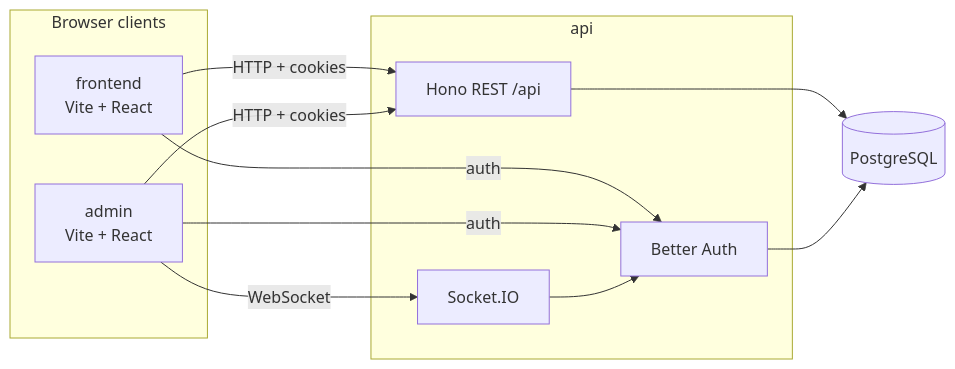
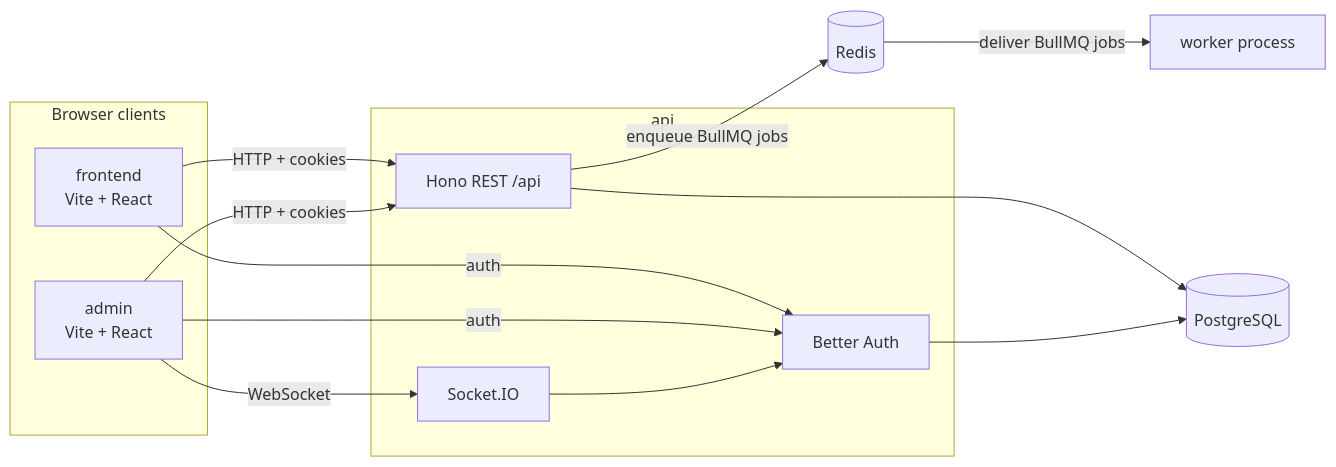
The diagram in README.md (Melv1C/CompetitionManagerV2), drawn with Mermaid before and after one commit. The commit also changed other lines of this file and 4 other files, not shown here.

Commit message:
fix: report exhausted BullMQ jobs

````diff
--- a/README.md
+++ b/README.md
@@ -25,25 +25,29 @@
 ```mermaid
 flowchart LR
   subgraph clients["Browser clients"]
     FE[frontend<br/>Vite + React]
     AD[admin<br/>Vite + React]
   end
 
   subgraph api["api"]
     HONO[Hono REST /api]
     AUTH[Better Auth]
     SIO[Socket.IO]
   end
 
   DB[(PostgreSQL)]
+  REDIS[(Redis)]
+  WORKER[worker process]
 
   FE -->|HTTP + cookies| HONO
   FE -->|auth| AUTH
   AD -->|HTTP + cookies| HONO
   AD -->|auth| AUTH
   AD -->|WebSocket| SIO
 
   HONO --> DB
   AUTH --> DB
   SIO --> AUTH
+  HONO -->|enqueue BullMQ jobs| REDIS
+  REDIS -->|deliver BullMQ jobs| WORKER
 ```
````
